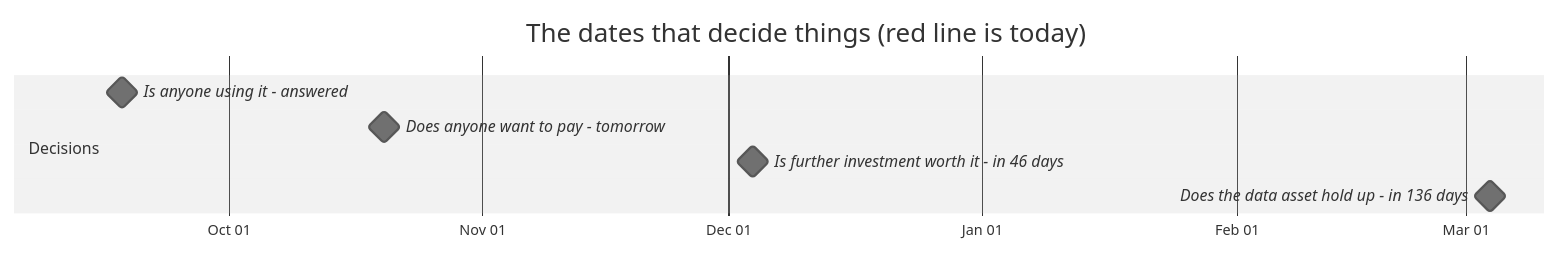
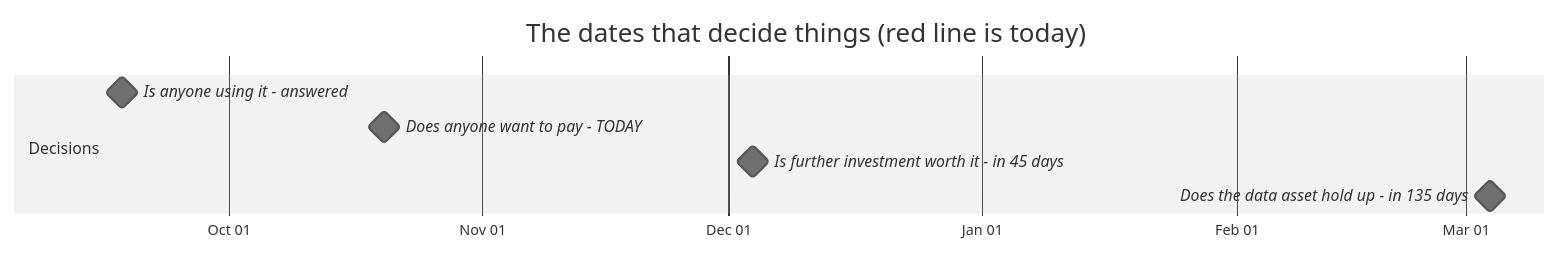
The first of 2 diagrams in docs/OWNER.md (jakegu1/vetagent), drawn with Mermaid (neutral theme) before and after one commit. The commit also changed other lines of this file and 1 other file, not shown here.

````diff
--- a/docs/OWNER.md
+++ b/docs/OWNER.md
@@ -76,12 +76,12 @@
 ```mermaid
 gantt
     dateFormat YYYY-MM-DD
     axisFormat %b %d
     todayMarker stroke-width:3px,stroke:#d33,stroke-dasharray:0
     title The dates that decide things (red line is today)
     section Decisions
     Is anyone using it - answered :milestone, 2026-09-18, 0d
-    Does anyone want to pay - tomorrow :milestone, 2026-10-20, 0d
-    Is further investment worth it - in 46 days :milestone, 2026-12-04, 0d
-    Does the data asset hold up - in 136 days :milestone, 2027-03-04, 0d
+    Does anyone want to pay - TODAY :milestone, 2026-10-20, 0d
+    Is further investment worth it - in 45 days :milestone, 2026-12-04, 0d
+    Does the data asset hold up - in 135 days :milestone, 2027-03-04, 0d
 ```
````
